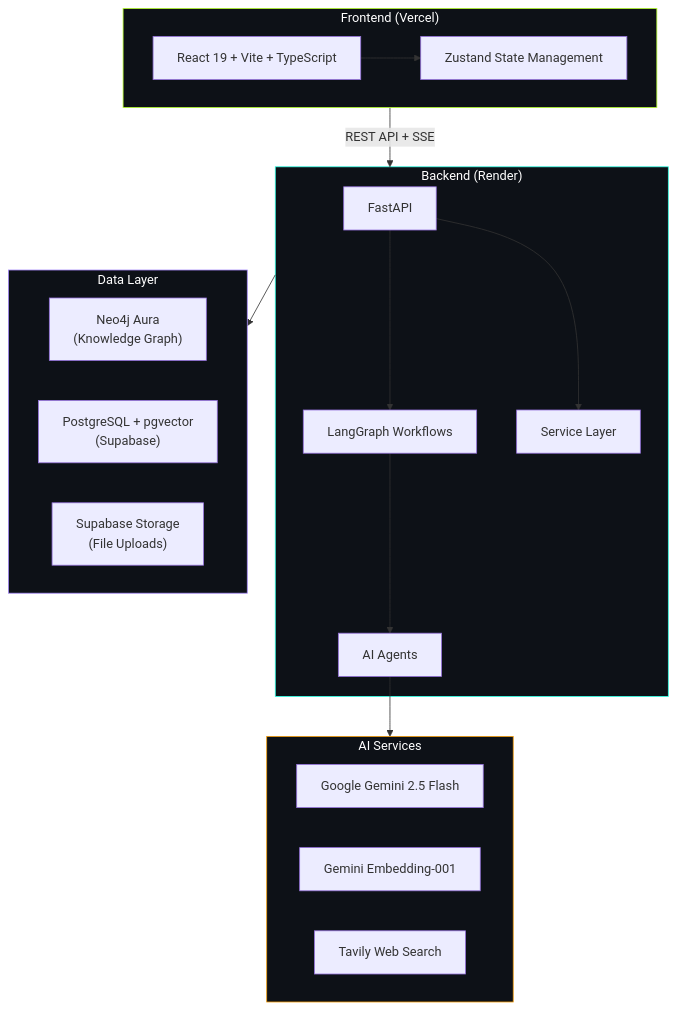
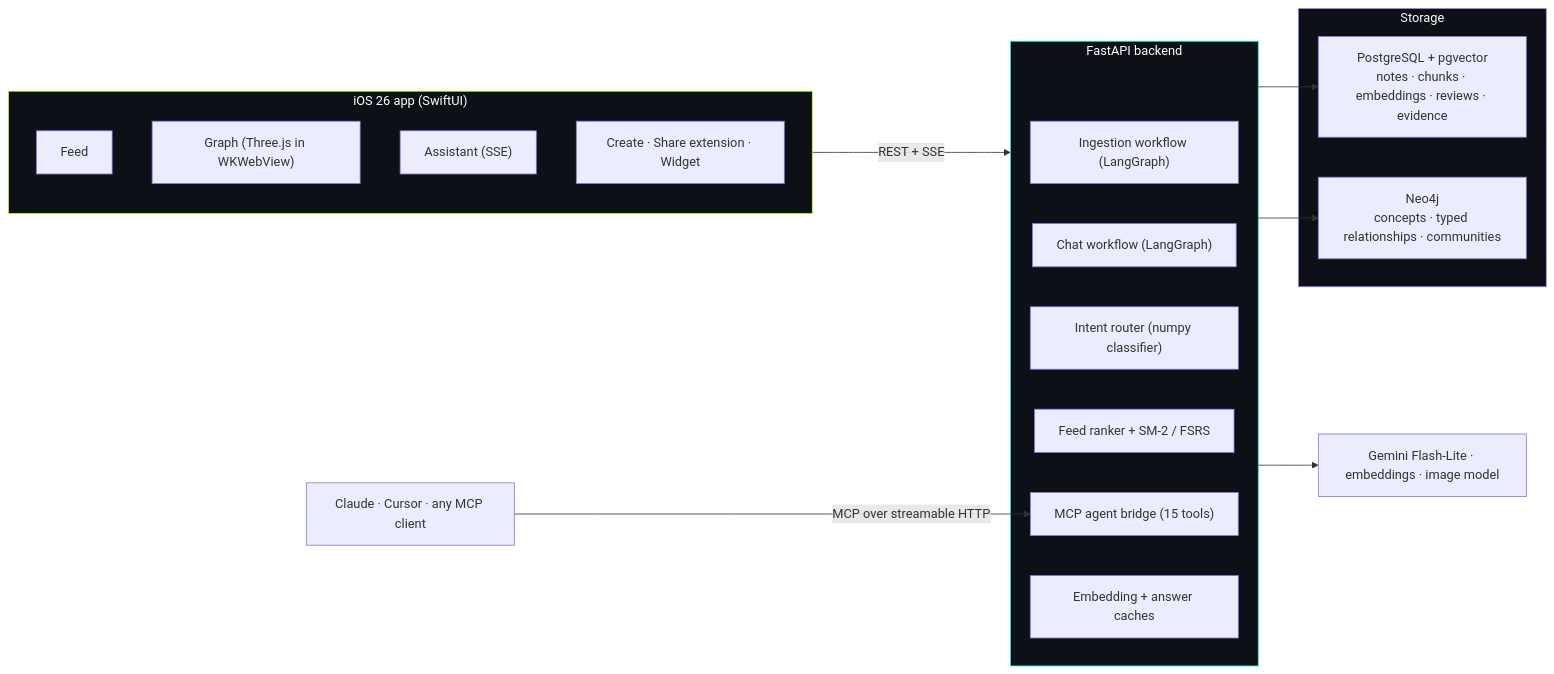
One commit to usnaveen/GraphRecall changed the diagram in README.md. Above: the diagram before and after it, drawn with Mermaid. The commit also changed other lines of this file and 9 other files, not shown here.

````diff
--- a/README.md
+++ b/README.md
@@ -160,39 +103,36 @@
 ```mermaid
-graph TB
-    subgraph Client["Frontend (Vercel)"]
-        UI["React 19 + Vite + TypeScript"]
-        Zustand["Zustand State Management"]
-        UI --> Zustand
+graph LR
+    subgraph Client["iOS 26 app (SwiftUI)"]
+        Feed["Feed"]
+        Graph["Graph (Three.js in WKWebView)"]
+        Asst["Assistant (SSE)"]
+        Create["Create · Share extension · Widget"]
     end
 
-    subgraph Server["Backend (Render)"]
-        API["FastAPI"]
-        LG["LangGraph Workflows"]
-        Agents["AI Agents"]
-        Services["Service Layer"]
-        API --> LG
-        API --> Services
-        LG --> Agents
+    subgraph API["FastAPI backend"]
+        Ingest["Ingestion workflow (LangGraph)"]
+        Chat["Chat workflow (LangGraph)"]
+        Router["Intent router (numpy classifier)"]
+        Ranker["Feed ranker + SM-2 / FSRS"]
+        Bridge["MCP agent bridge (15 tools)"]
+        Cache["Embedding + answer caches"]
     end
 
-    subgraph Data["Data Layer"]
-        Neo4j["Neo4j Aura\n(Knowledge Graph)"]
-        PG["PostgreSQL + pgvector\n(Supabase)"]
-        S3["Supabase Storage\n(File Uploads)"]
+    subgraph Data["Storage"]
+        PG["PostgreSQL + pgvector<br/>notes · chunks · embeddings · reviews · evidence"]
+        N4J["Neo4j<br/>concepts · typed relationships · communities"]
     end
 
-    subgraph AI["AI Services"]
-        Gemini["Google Gemini 2.5 Flash"]
-        Embed["Gemini Embedding-001"]
-        Tavily["Tavily Web Search"]
-    end
+    Gemini["Gemini Flash-Lite · embeddings · image model"]
+    Agents["Claude · Cursor · any MCP client"]
 
-    Client -->|REST API + SSE| Server
-    Server --> Data
-    Agents --> AI
+    Client -->|REST + SSE| API
+    Agents -->|MCP over streamable HTTP| Bridge
+    API --> PG
+    API --> N4J
+    API --> Gemini
 
     style Client fill:#0d1117,stroke:#B6FF2E,color:#fff
-    style Server fill:#0d1117,stroke:#2EFFE6,color:#fff
+    style API fill:#0d1117,stroke:#2EFFE6,color:#fff
     style Data fill:#0d1117,stroke:#a78bfa,color:#fff
-    style AI fill:#0d1117,stroke:#f59e0b,color:#fff
 ```
````
